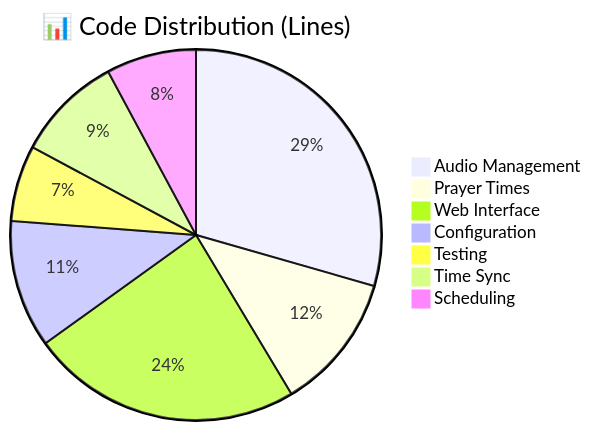
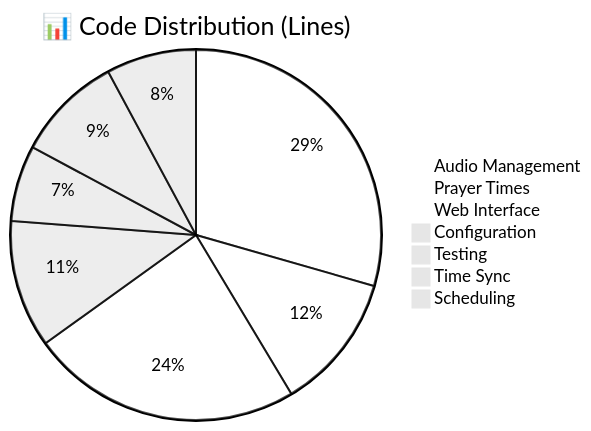
One commit to shenhab/Automated-Azan changed the fifth of 5 diagrams in ARCHITECTURE_MINDMAP.md. Above: the diagram before and after it, drawn with Mermaid. The commit also changed other lines of this file, not shown here.

````diff
--- a/ARCHITECTURE_MINDMAP.md
+++ b/ARCHITECTURE_MINDMAP.md
@@ -309,10 +310,11 @@
 ```mermaid
+%%{init: {'theme':'base', 'themeVariables': { 'primaryColor': '#ffffff', 'primaryTextColor': '#000000', 'primaryBorderColor': '#333333', 'lineColor': '#333333', 'sectionBkColor': '#f0f0f0', 'altSectionBkColor': '#e0e0e0'}}}%%
 pie title 📊 Code Distribution (Lines)
     "Audio Management" : 66610
     "Prayer Times" : 27052
     "Web Interface" : 53566
     "Configuration" : 25206
     "Testing" : 15000
     "Time Sync" : 21050
     "Scheduling" : 17770
 ```
````
